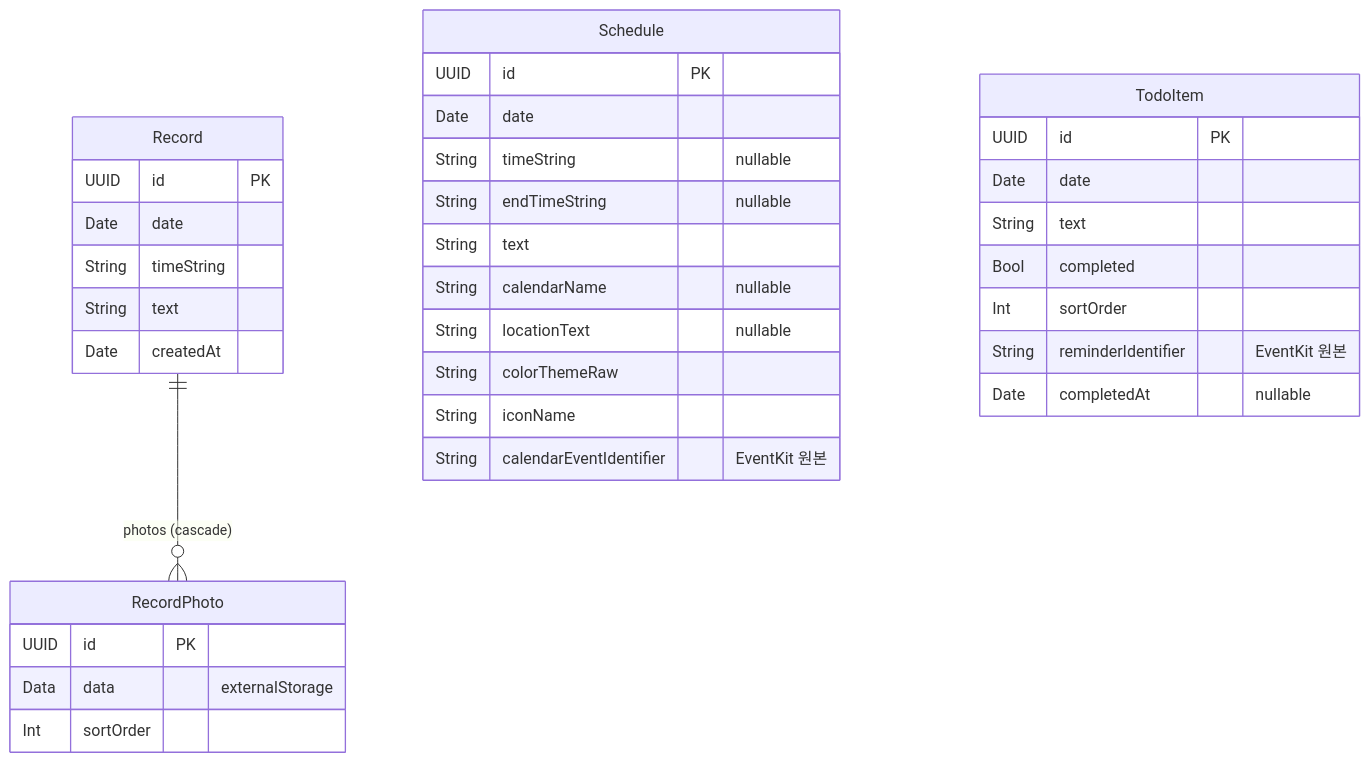
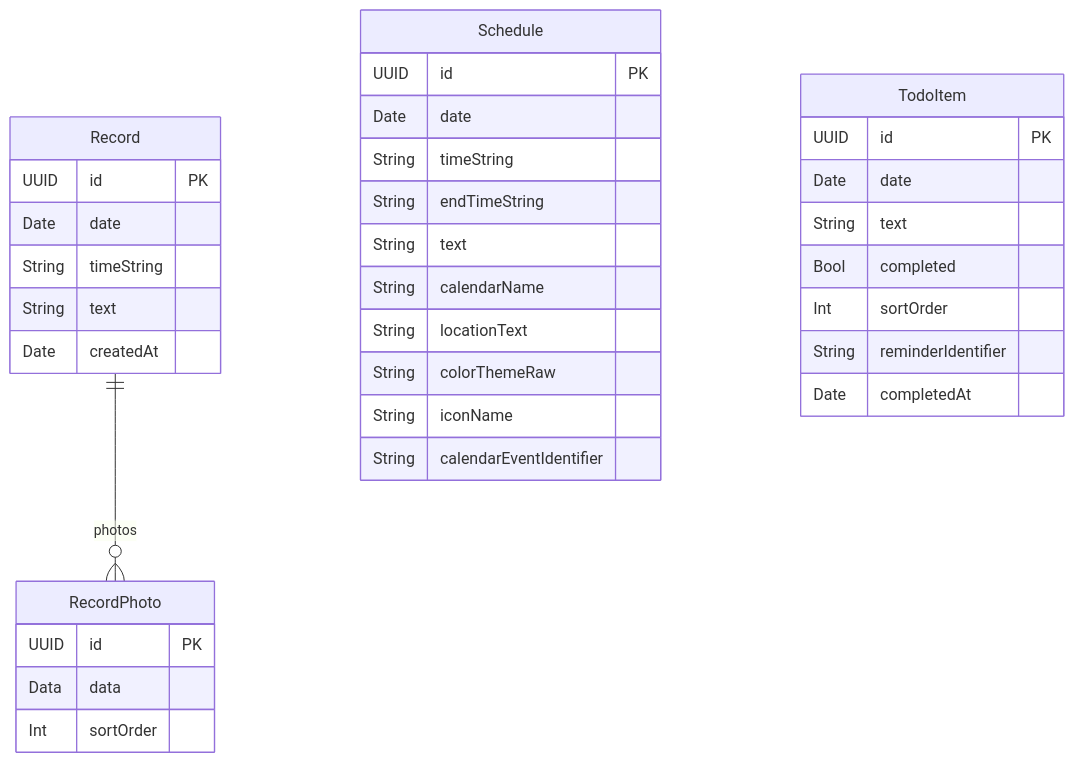
The second of 2 diagrams in README.md (Nedian0Brien/Timeliner), drawn with Mermaid before and after one commit. The commit also changed other lines of this file and 1 other file, not shown here.

Commit message:
docs: ER 다이어그램을 GitHub의 mermaid가 받는 문법으로 되돌림
관계 라벨의 괄호와 속성 주석(특히 한글)이 들어간 erDiagram을 GitHub이
"Unable to render rich display"로 거부했다. mermaid 11.16에서는 그대로
그려지므로 GitHub 쪽 버전이 더 좁게 받는 것으로 보인다.

다이어그램은 가장 보수적인 문법으로 줄이고, 주석이 담고 있던 정보
(externalStorage · cascade · EventKit 식별자 · nullable)는 바로 아래
표로 옮겼다.

````diff
--- a/README.md
+++ b/README.md
@@ -251,38 +251,38 @@
 ```mermaid
 erDiagram
-    Record ||--o{ RecordPhoto : "photos (cascade)"
+    Record ||--o{ RecordPhoto : photos
 
     Record {
         UUID id PK
         Date date
         String timeString
         String text
         Date createdAt
     }
     RecordPhoto {
         UUID id PK
-        Data data "externalStorage"
+        Data data
         Int sortOrder
     }
     Schedule {
         UUID id PK
         Date date
-        String timeString "nullable"
-        String endTimeString "nullable"
+        String timeString
+        String endTimeString
         String text
-        String calendarName "nullable"
-        String locationText "nullable"
+        String calendarName
+        String locationText
         String colorThemeRaw
         String iconName
-        String calendarEventIdentifier "EventKit 원본"
+        String calendarEventIdentifier
     }
     TodoItem {
         UUID id PK
         Date date
         String text
         Bool completed
         Int sortOrder
-        String reminderIdentifier "EventKit 원본"
-        Date completedAt "nullable"
+        String reminderIdentifier
+        Date completedAt
     }
 ```
````
